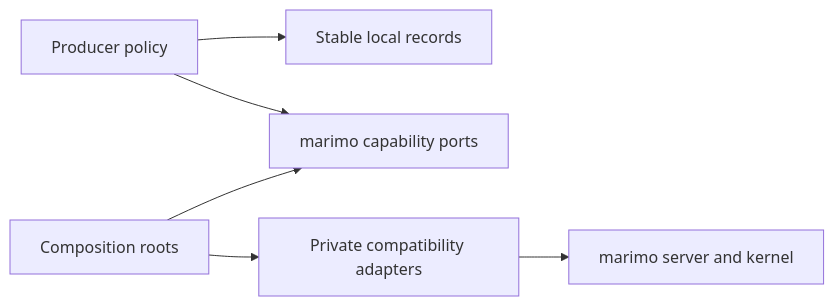
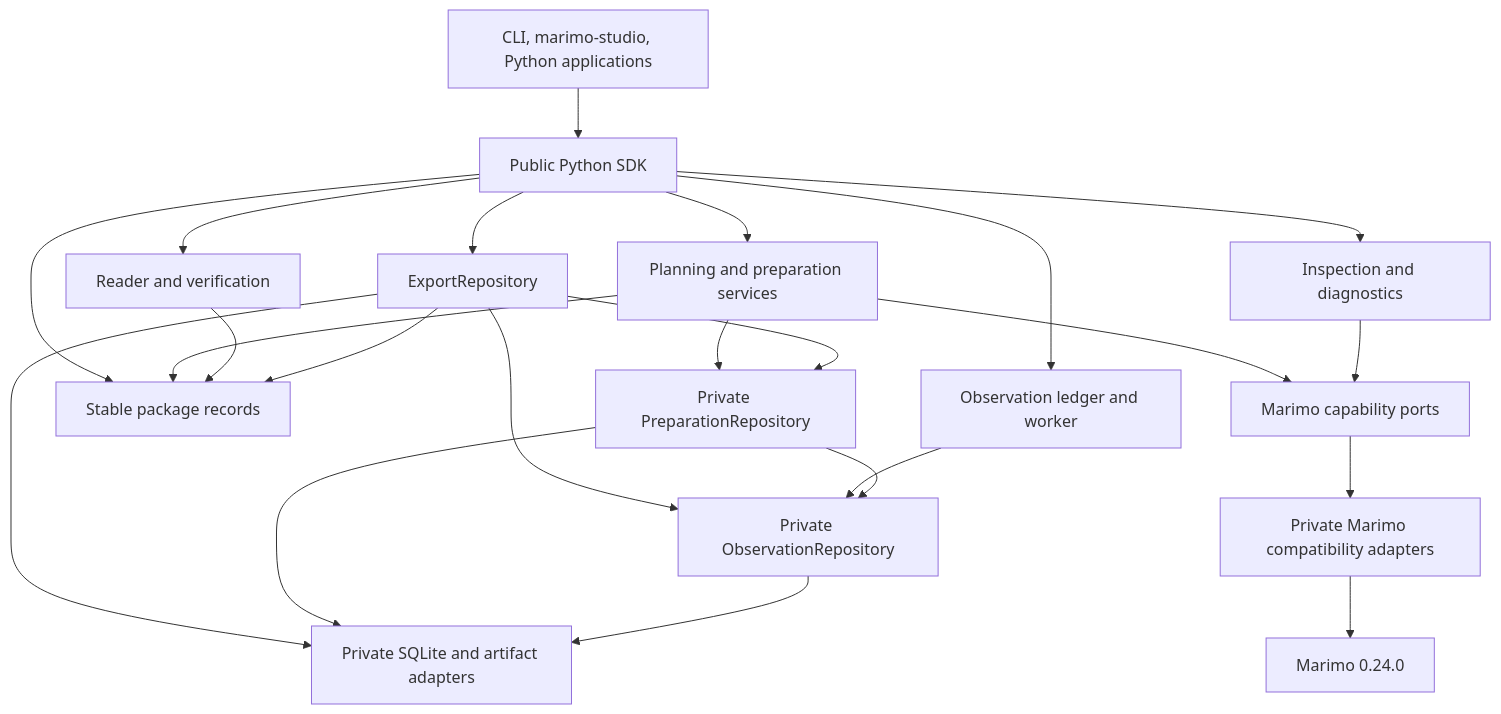
The diagram in development_docs/architecture.md (marimo-team/marimo-export), drawn with Mermaid before and after one commit. The commit also changed other lines of this file and 32 other files, not shown here.

Commit message:
docs: document the export architecture

````diff
--- a/development_docs/architecture.md
+++ b/development_docs/architecture.md
@@ -34,15 +57,40 @@
 ```mermaid
-flowchart LR
-    policy[Producer policy]
-    records[Stable local records]
-    ports[marimo capability ports]
-    roots[Composition roots]
-    adapters[Private compatibility adapters]
-    host[marimo server and kernel]
+flowchart TB
+    apps[CLI, marimo-studio, Python applications]
+    sdk[Public Python SDK]
+    services[Planning and preparation services]
+    readers[Reader and verification]
+    publicRepository[ExportRepository]
+    integration[Inspection and diagnostics]
+    observationWorker[Observation ledger and worker]
+    records[Stable package records]
+    preparationRepository[Private PreparationRepository]
+    observationRepository[Private ObservationRepository]
+    marimoPorts[Marimo capability ports]
+    sqlite[Private SQLite and artifact adapters]
+    compat[Private Marimo compatibility adapters]
+    host[Marimo 0.24.0]
 
-    policy --> records
-    policy --> ports
-    roots --> ports
-    roots --> adapters
-    adapters --> host
+    apps --> sdk
+    sdk --> records
+    sdk --> services
+    sdk --> readers
+    sdk --> publicRepository
+    sdk --> integration
+    sdk --> observationWorker
+    services --> records
+    services --> preparationRepository
+    services --> marimoPorts
+    readers --> records
+    publicRepository --> records
+    publicRepository --> sqlite
+    publicRepository --> observationRepository
+    publicRepository --> preparationRepository
+    integration --> marimoPorts
+    observationWorker --> observationRepository
+    preparationRepository --> observationRepository
+    preparationRepository --> sqlite
+    observationRepository --> sqlite
+    marimoPorts --> compat
+    compat --> host
 ```
````
